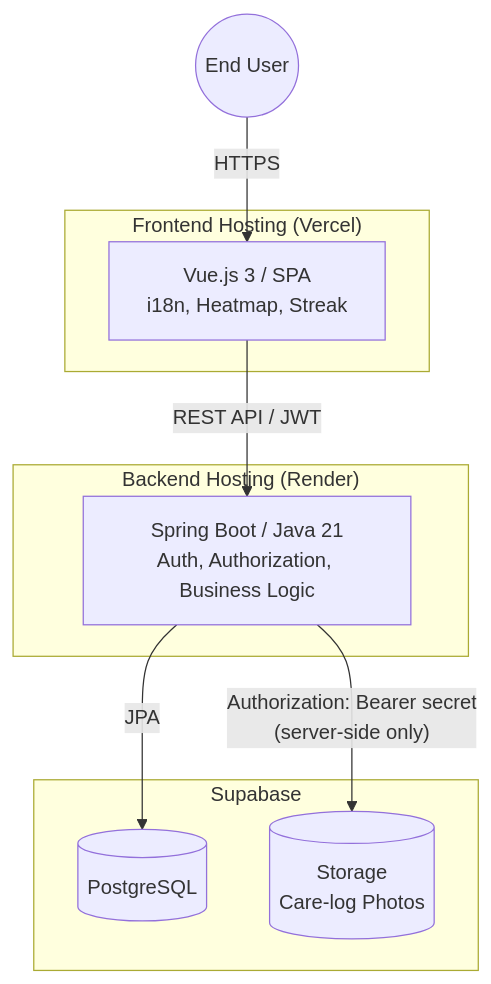
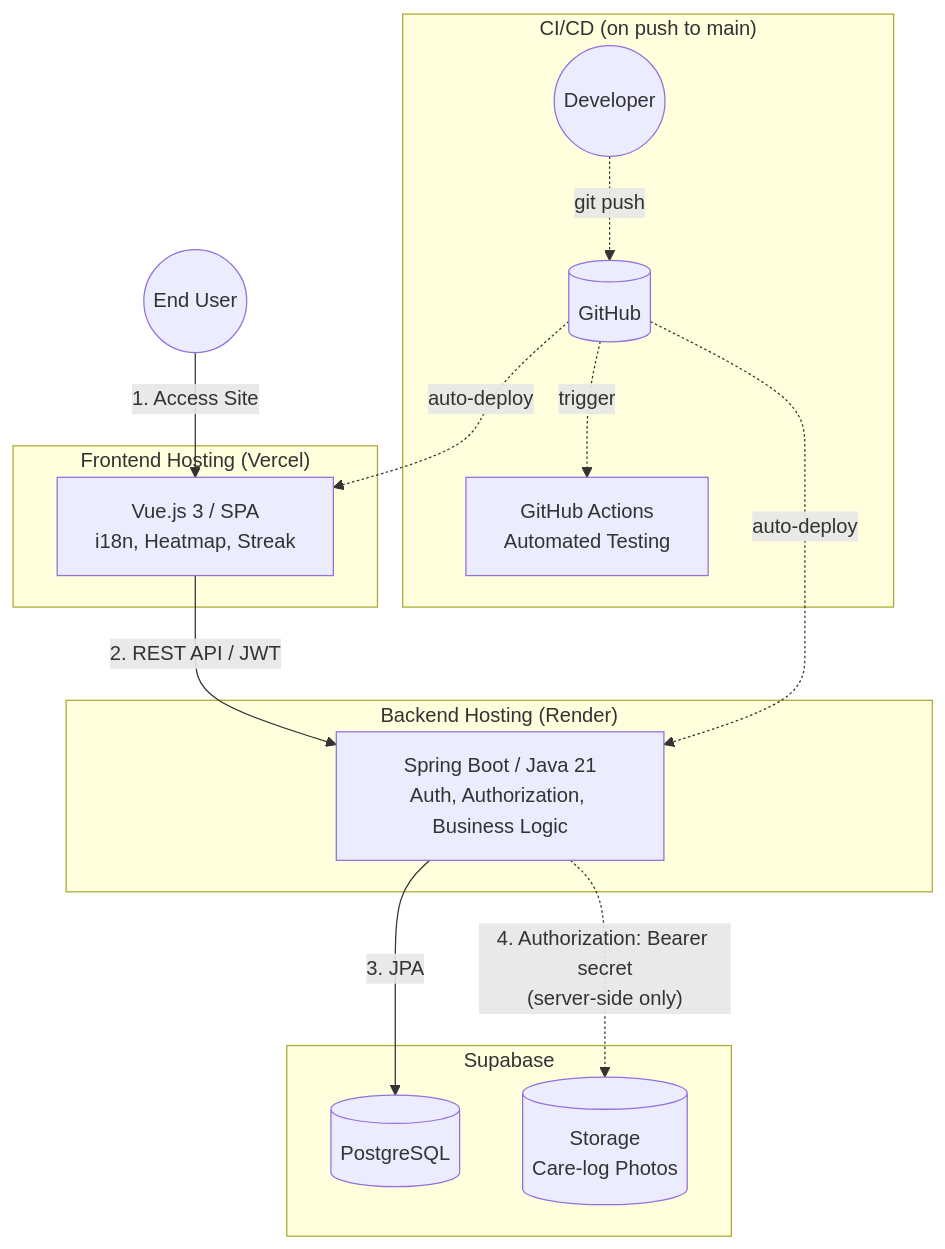
Before and after one commit to haku3782/garden-app: the diagram in README.md, drawn with Mermaid. The commit also changed other lines of this file and 1 other file, not shown here.

Commit message:
READMEの実態不一致を修正し、システムアーキテクチャ図をdart-simと統一
Spring Bootのバージョン表記を3→4に修正（pom.xmlの実際値と一致）
ランタイムフローを主軸にし、CI/CDフローを従属的な点線サブグラフに整理

````diff
--- a/README.md
+++ b/README.md
@@ -63,22 +63,29 @@
 ```mermaid
 graph TD
     User((End User))
 
     subgraph "Frontend Hosting (Vercel)"
         Vue[Vue.js 3 / SPA<br/>i18n, Heatmap, Streak]
     end
 
     subgraph "Backend Hosting (Render)"
         Spring[Spring Boot / Java 21<br/>Auth, Authorization, Business Logic]
     end
 
     subgraph "Supabase"
         DB[(PostgreSQL)]
         Storage[(Storage<br/>Care-log Photos)]
     end
 
-    User -->|"HTTPS"| Vue
-    Vue -->|"REST API / JWT"| Spring
-    Spring -->|"JPA"| DB
-    Spring -->|"Authorization: Bearer secret<br/>(server-side only)"| Storage
+    User -->|"1. Access Site"| Vue
+    Vue -->|"2. REST API / JWT"| Spring
+    Spring -->|"3. JPA"| DB
+    Spring -.->|"4. Authorization: Bearer secret<br/>(server-side only)"| Storage
+
+    subgraph "CI/CD (on push to main)"
+        Dev((Developer)) -.->|"git push"| Repo[(GitHub)]
+        Repo -.->|"trigger"| Actions[GitHub Actions<br/>Automated Testing]
+        Repo -.->|"auto-deploy"| Vue
+        Repo -.->|"auto-deploy"| Spring
+    end
 ```
````
